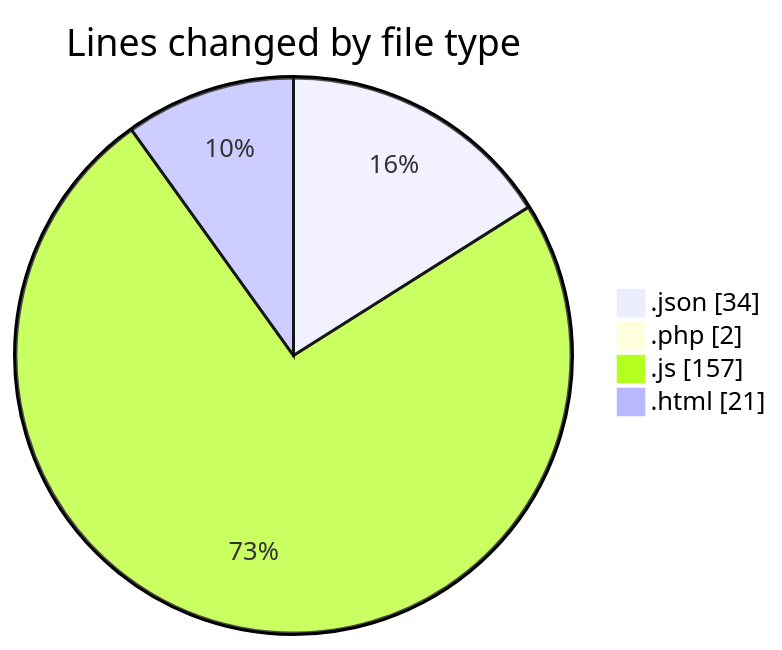
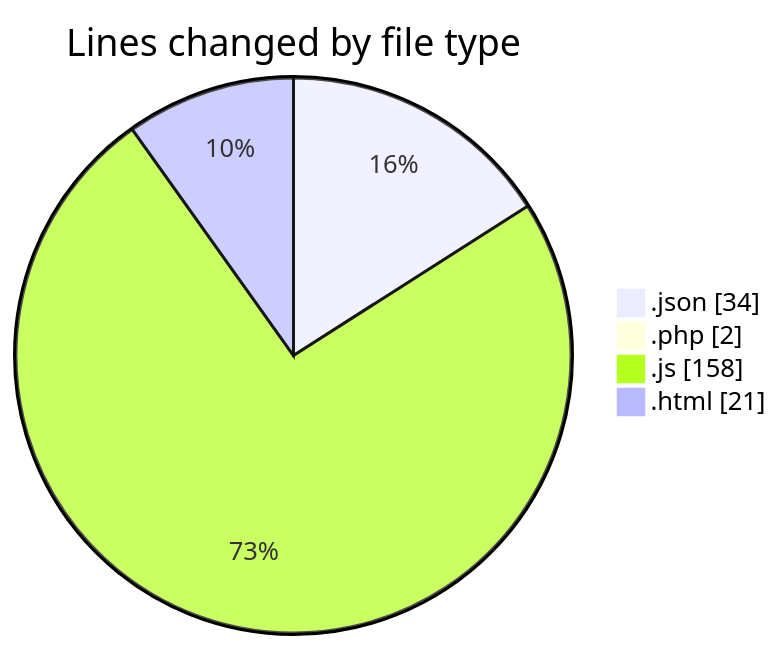
Before and after one commit to LanceThiago/code-tracking: the first of 2 diagrams in 2025-03-27/kml/README.md, drawn with Mermaid. The commit also changed other lines of this file and 1 other file, not shown here.

````diff
--- a/2025-03-27/kml/README.md
+++ b/2025-03-27/kml/README.md
@@ -25,8 +25,8 @@
 ```mermaid
 pie showData
 title Lines changed by file type
 ".json" : 34
 ".php" : 2
-".js" : 157
+".js" : 158
 ".html" : 21
 ```
````
